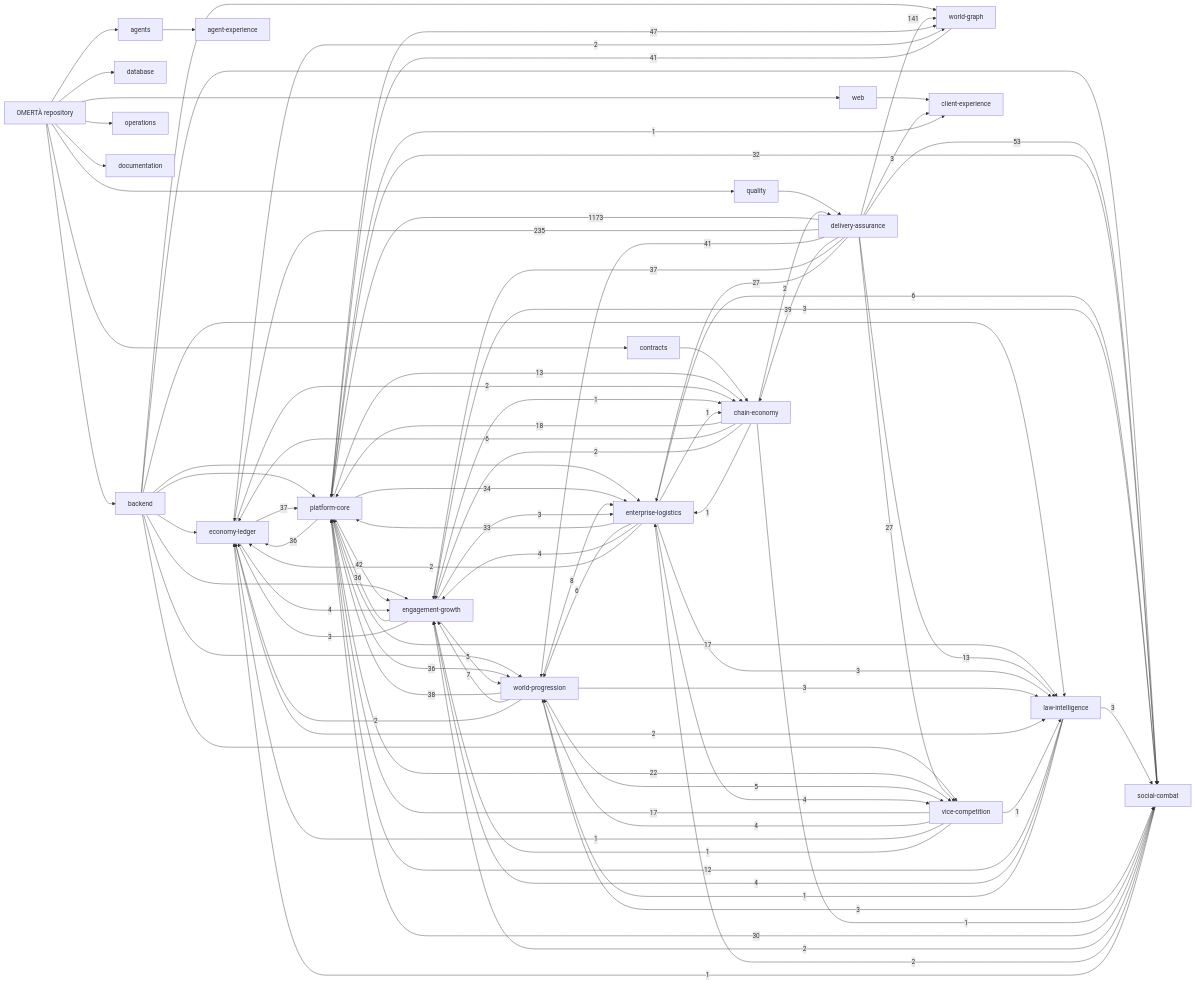
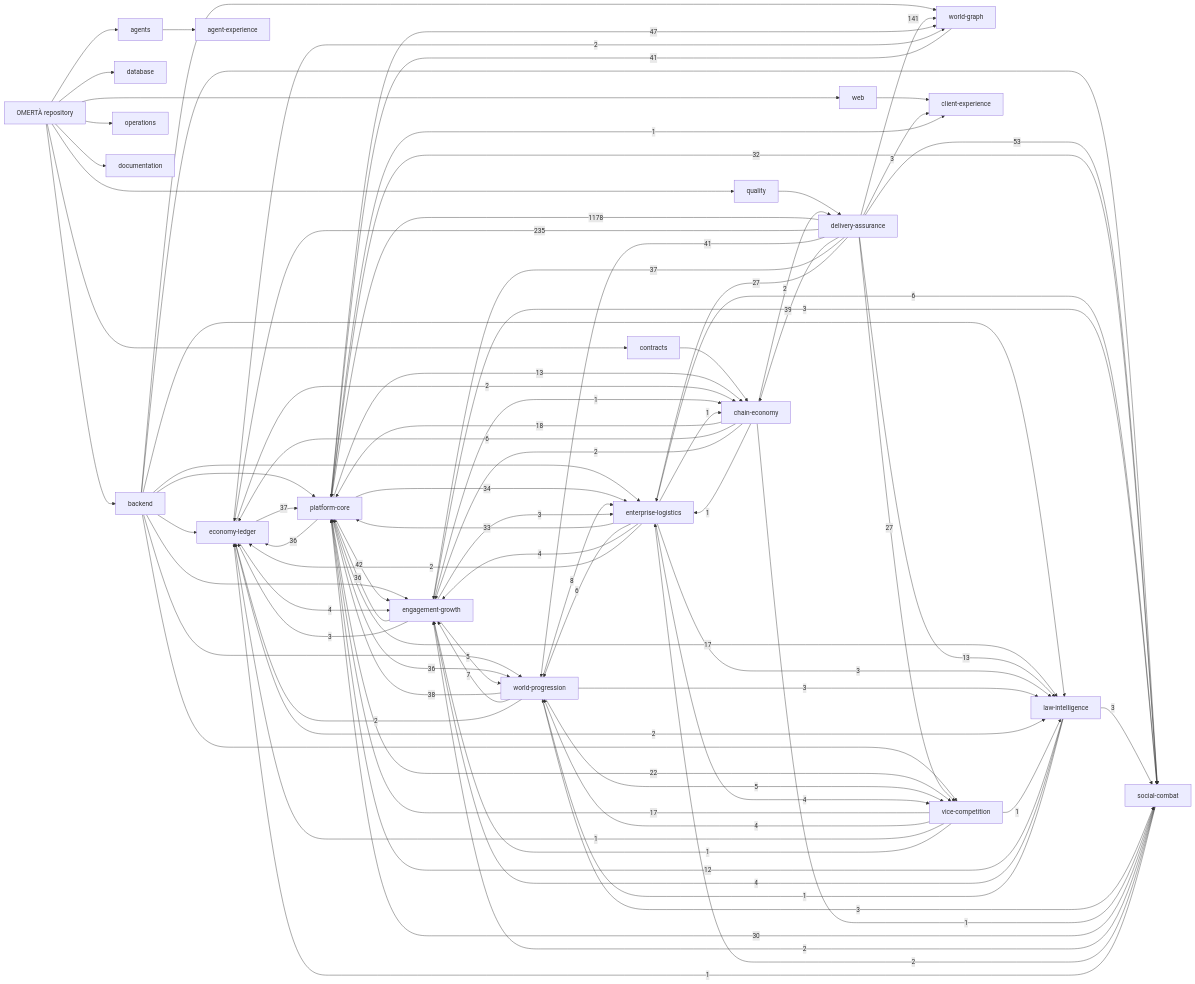
The diagram in knowledge/generated/graph.mmd (OmertaDev/Omerta), drawn with Mermaid before and after one commit. The commit also changed 8 other files, not shown here.

```diff
--- a/knowledge/generated/graph.mmd
+++ b/knowledge/generated/graph.mmd
@@ -1,111 +1,111 @@
 flowchart LR
   repo["OMERTÀ repository"]
   sub_backend["backend"]
   repo --> sub_backend
   sub_database["database"]
   repo --> sub_database
   sub_web["web"]
   repo --> sub_web
   sub_contracts["contracts"]
   repo --> sub_contracts
   sub_agents["agents"]
   repo --> sub_agents
   sub_quality["quality"]
   repo --> sub_quality
   sub_operations["operations"]
   repo --> sub_operations
   sub_documentation["documentation"]
   repo --> sub_documentation
   dom_platform-core["platform-core"]
   dom_economy-ledger["economy-ledger"]
   dom_social-combat["social-combat"]
   dom_world-progression["world-progression"]
   dom_world-graph["world-graph"]
   dom_enterprise-logistics["enterprise-logistics"]
   dom_vice-competition["vice-competition"]
   dom_law-intelligence["law-intelligence"]
   dom_chain-economy["chain-economy"]
   dom_engagement-growth["engagement-growth"]
   dom_client-experience["client-experience"]
   dom_agent-experience["agent-experience"]
   dom_delivery-assurance["delivery-assurance"]
   sub_agents --> dom_agent-experience
   sub_backend --> dom_economy-ledger
   sub_backend --> dom_engagement-growth
   sub_backend --> dom_enterprise-logistics
   sub_backend --> dom_law-intelligence
   sub_backend --> dom_platform-core
   sub_backend --> dom_social-combat
   sub_backend --> dom_vice-competition
   sub_backend --> dom_world-graph
   sub_backend --> dom_world-progression
   sub_contracts --> dom_chain-economy
   sub_quality --> dom_delivery-assurance
   sub_web --> dom_client-experience
-  dom_delivery-assurance -->|1173| dom_platform-core
+  dom_delivery-assurance -->|1178| dom_platform-core
   dom_delivery-assurance -->|235| dom_economy-ledger
   dom_delivery-assurance -->|141| dom_world-graph
   dom_delivery-assurance -->|53| dom_social-combat
   dom_platform-core -->|47| dom_world-graph
   dom_platform-core -->|42| dom_engagement-growth
   dom_delivery-assurance -->|41| dom_world-progression
   dom_world-graph -->|41| dom_platform-core
   dom_delivery-assurance -->|39| dom_chain-economy
   dom_world-progression -->|38| dom_platform-core
   dom_delivery-assurance -->|37| dom_engagement-growth
   dom_economy-ledger -->|37| dom_platform-core
   dom_engagement-growth -->|36| dom_platform-core
   dom_platform-core -->|36| dom_economy-ledger
   dom_platform-core -->|36| dom_world-progression
   dom_platform-core -->|34| dom_enterprise-logistics
   dom_enterprise-logistics -->|33| dom_platform-core
   dom_platform-core -->|32| dom_social-combat
   dom_social-combat -->|30| dom_platform-core
   dom_delivery-assurance -->|27| dom_enterprise-logistics
   dom_delivery-assurance -->|27| dom_vice-competition
   dom_platform-core -->|22| dom_vice-competition
   dom_chain-economy -->|18| dom_platform-core
   dom_platform-core -->|17| dom_law-intelligence
   dom_vice-competition -->|17| dom_platform-core
   dom_delivery-assurance -->|13| dom_law-intelligence
   dom_platform-core -->|13| dom_chain-economy
   dom_law-intelligence -->|12| dom_platform-core
   dom_world-progression -->|8| dom_enterprise-logistics
   dom_world-progression -->|7| dom_engagement-growth
   dom_chain-economy -->|6| dom_economy-ledger
   dom_enterprise-logistics -->|6| dom_social-combat
   dom_enterprise-logistics -->|6| dom_world-progression
   dom_engagement-growth -->|5| dom_world-progression
   dom_world-progression -->|5| dom_vice-competition
   dom_economy-ledger -->|4| dom_engagement-growth
   dom_enterprise-logistics -->|4| dom_engagement-growth
   dom_enterprise-logistics -->|4| dom_vice-competition
   dom_law-intelligence -->|4| dom_engagement-growth
   dom_vice-competition -->|4| dom_world-progression
   dom_delivery-assurance -->|3| dom_client-experience
   dom_engagement-growth -->|3| dom_economy-ledger
   dom_engagement-growth -->|3| dom_enterprise-logistics
   dom_engagement-growth -->|3| dom_social-combat
   dom_enterprise-logistics -->|3| dom_law-intelligence
   dom_law-intelligence -->|3| dom_social-combat
   dom_world-progression -->|3| dom_law-intelligence
   dom_world-progression -->|3| dom_social-combat
   dom_chain-economy -->|2| dom_delivery-assurance
   dom_chain-economy -->|2| dom_engagement-growth
   dom_economy-ledger -->|2| dom_chain-economy
   dom_economy-ledger -->|2| dom_law-intelligence
   dom_economy-ledger -->|2| dom_world-graph
   dom_enterprise-logistics -->|2| dom_economy-ledger
   dom_social-combat -->|2| dom_engagement-growth
   dom_social-combat -->|2| dom_enterprise-logistics
   dom_world-progression -->|2| dom_economy-ledger
   dom_chain-economy -->|1| dom_enterprise-logistics
   dom_chain-economy -->|1| dom_social-combat
   dom_engagement-growth -->|1| dom_chain-economy
   dom_enterprise-logistics -->|1| dom_chain-economy
   dom_law-intelligence -->|1| dom_world-progression
   dom_platform-core -->|1| dom_client-experience
   dom_social-combat -->|1| dom_economy-ledger
   dom_vice-competition -->|1| dom_economy-ledger
   dom_vice-competition -->|1| dom_engagement-growth
   dom_vice-competition -->|1| dom_law-intelligence
```
